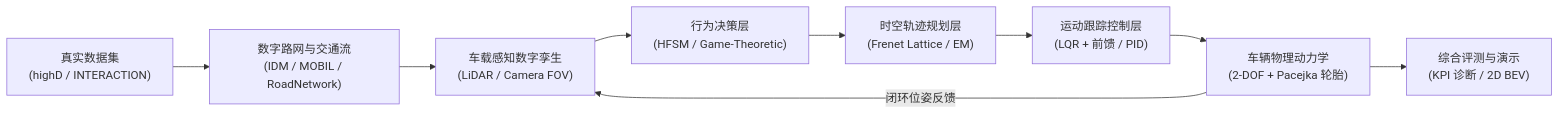
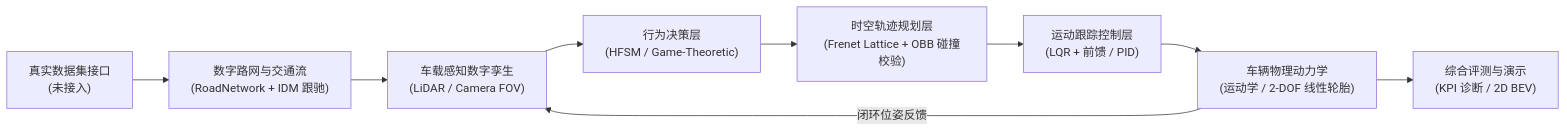
One commit to fwwwwjj/intelligent-vehicle-simulation changed the diagram in README.md. Above: the diagram before and after it, drawn with Mermaid. The commit also changed other lines of this file and 37 other files, not shown here.

````diff
--- a/README.md
+++ b/README.md
@@ -44,11 +45,11 @@
 ```mermaid
 flowchart LR
-    A["真实数据集<br/>(highD / INTERACTION)"] --> B["数字路网与交通流<br/>(IDM / MOBIL / RoadNetwork)"]
+    A["真实数据集接口<br/>(未接入)"] --> B["数字路网与交通流<br/>(RoadNetwork + IDM 跟驰)"]
     B --> C["车载感知数字孪生<br/>(LiDAR / Camera FOV)"]
     C --> D["行为决策层<br/>(HFSM / Game-Theoretic)"]
-    D --> E["时空轨迹规划层<br/>(Frenet Lattice / EM)"]
+    D --> E["时空轨迹规划层<br/>(Frenet Lattice + OBB 碰撞校验)"]
     E --> F["运动跟踪控制层<br/>(LQR + 前馈 / PID)"]
-    F --> G["车辆物理动力学<br/>(2-DOF + Pacejka 轮胎)"]
+    F --> G["车辆物理动力学<br/>(运动学 / 2-DOF 线性轮胎)"]
     G -->|闭环位姿反馈| C
     G --> H["综合评测与演示<br/>(KPI 诊断 / 2D BEV)"]
 ```
````
